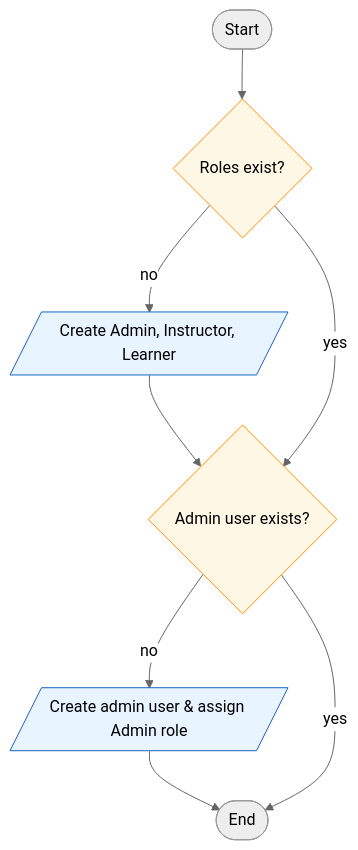
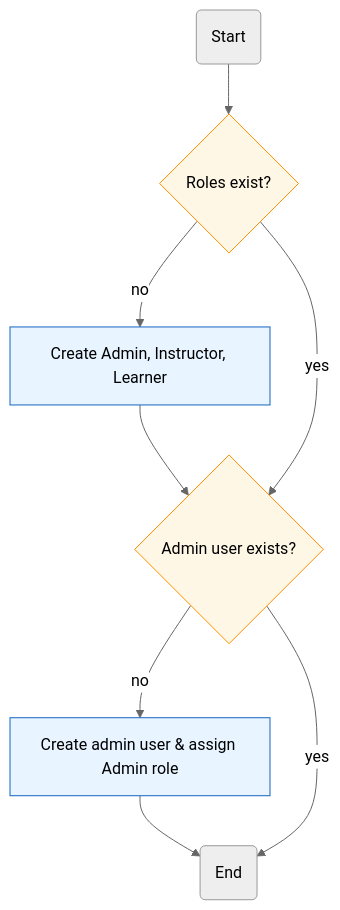
One commit to SokKimThanh/LmsMini changed the fifth of 6 diagrams in LmsMini.Resources/File Học Bài/lessons/identity/AccountController_CompleteImplementation.md. Above: the diagram before and after it, drawn with Mermaid (neutral theme). The commit also changed other lines of this file, not shown here.

Commit message:
sửa lỗi hiện thị sơ đồ mermaid trong markdown tài liệu

````diff
--- a/LmsMini.Resources/File Học Bài/lessons/identity/AccountController_CompleteImplementation.md
+++ b/LmsMini.Resources/File Học Bài/lessons/identity/AccountController_CompleteImplementation.md
@@ -503,23 +504,23 @@
 ```mermaid
 flowchart TD
   classDef seed fill:#fff7e6,stroke:#ff8f00,stroke-width:1px;
   classDef action fill:#e8f4ff,stroke:#1565c0,stroke-width:1px;
 
-  Start([Start])
+  Start("Start")
   CheckRoles{Roles exist?}
-  CreateRoles[/Create Admin, Instructor, Learner/]
+  CreateRoles["Create Admin, Instructor, Learner"]
   CheckAdmin{Admin user exists?}
-  CreateAdmin[/Create admin user & assign Admin role/]
-  End([End])
+  CreateAdmin["Create admin user & assign Admin role"]
+  End("End")
 
   Start --> CheckRoles
   CheckRoles -- no --> CreateRoles
   CreateRoles --> CheckAdmin
   CheckRoles -- yes --> CheckAdmin
   CheckAdmin -- no --> CreateAdmin
   CreateAdmin --> End
   CheckAdmin -- yes --> End
 
   class CreateRoles,CreateAdmin action
   class CheckRoles,CheckAdmin seed
 ```
````
